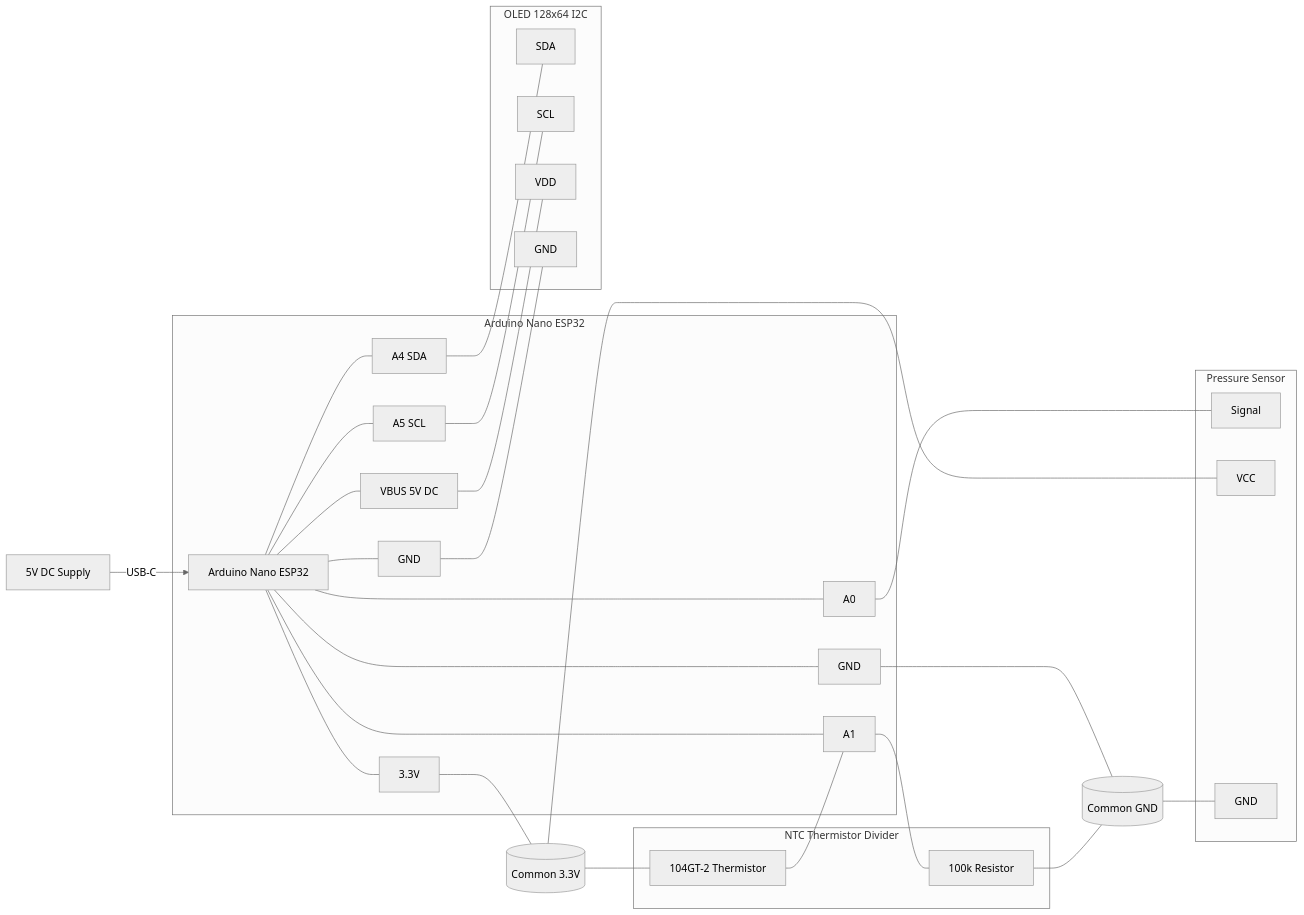
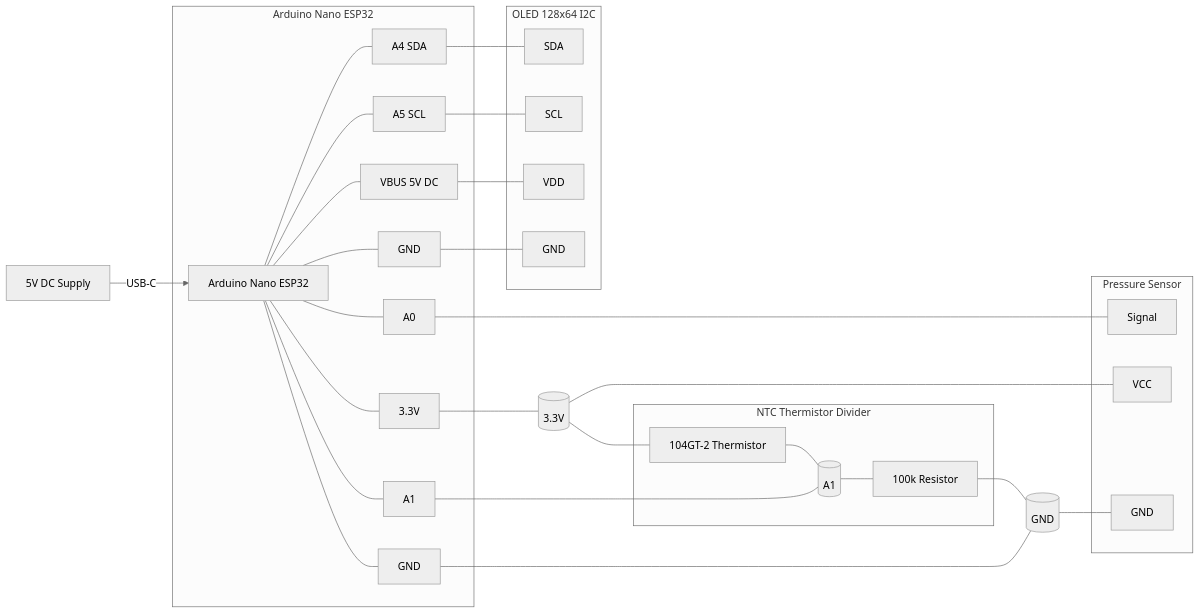
The diagram in hardware/WIRING_DIAGRAM.md (gereonwildermann/Dedicuino), drawn with Mermaid (neutral theme) before and after one commit.

Commit message:
Refactor wiring diagram to clarify common ground and thermistor connections

````diff
--- a/hardware/WIRING_DIAGRAM.md
+++ b/hardware/WIRING_DIAGRAM.md
@@ -28,50 +28,51 @@
 ```mermaid
 flowchart LR
     PS[5V DC Supply] -->|USB-C| NANO[Arduino Nano ESP32]
     
     subgraph ARDINO[Arduino Nano ESP32]
       NANO --- GND[GND]
       NANO --- GND2[GND]
       NANO --- V33[3.3V]
       NANO --- A0[A0]
       NANO --- A1[A1]
       NANO --- A4[A4 SDA]
       NANO --- A5[A5 SCL]
       NANO --- VBUS[VBUS 5V DC]
     end 
 
-    GND --- CommGND[(Common GND)]
-    V33 --- CommV33[(Common 3.3V)]
+    GND --- CommGND[(GND)]
+    V33 --- CommV33[(3.3V)]
 
     subgraph OLED[OLED 128x64 I2C]
       O_SDA[SDA]
       O_SCL[SCL]
       O_VDD[VDD]
       O_GND[GND]
     end
 
     A4[A4 SDA] --- O_SDA
     A5[A5 SCL] --- O_SCL
     VBUS[VBUS 5V DC] --- O_VDD
     GND2 --- O_GND
 
     subgraph PRESS[Pressure Sensor]
       P_OUT[Signal]
       P_VCC[VCC]
       P_GND[GND]
     end
 
     A0[A0] --- P_OUT
     CommV33 --- P_VCC
     CommGND --- P_GND
 
     subgraph TEMP[NTC Thermistor Divider]
       TH[104GT-2 Thermistor]
-      TH --- A1
-      A1 --- R100[100k Resistor]
+      A1 --- CommA1[(A1)]
+      TH --- CommA1
+      CommA1 --- R100[100k Resistor]
     end
 
     CommV33 --- TH
     R100 --- CommGND
 
 ```
````
